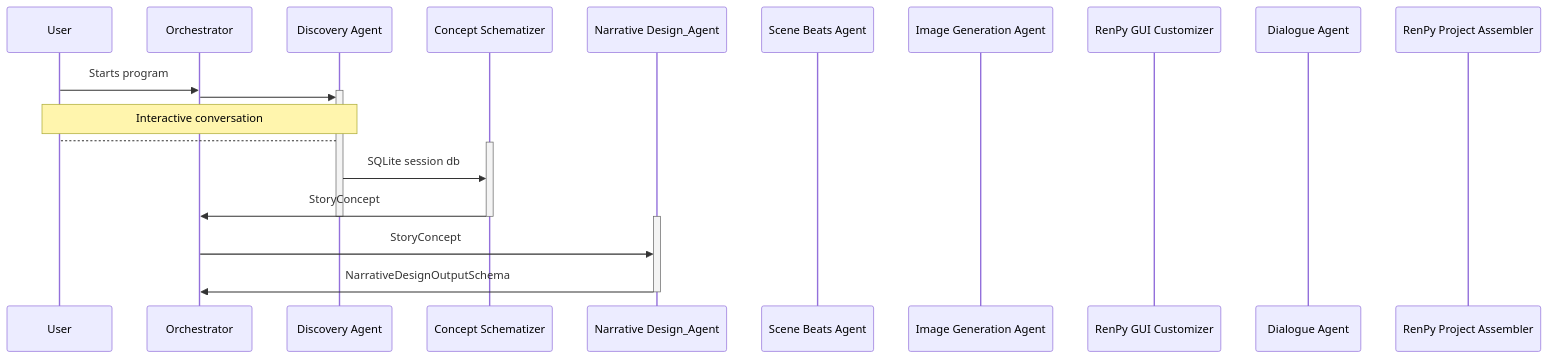
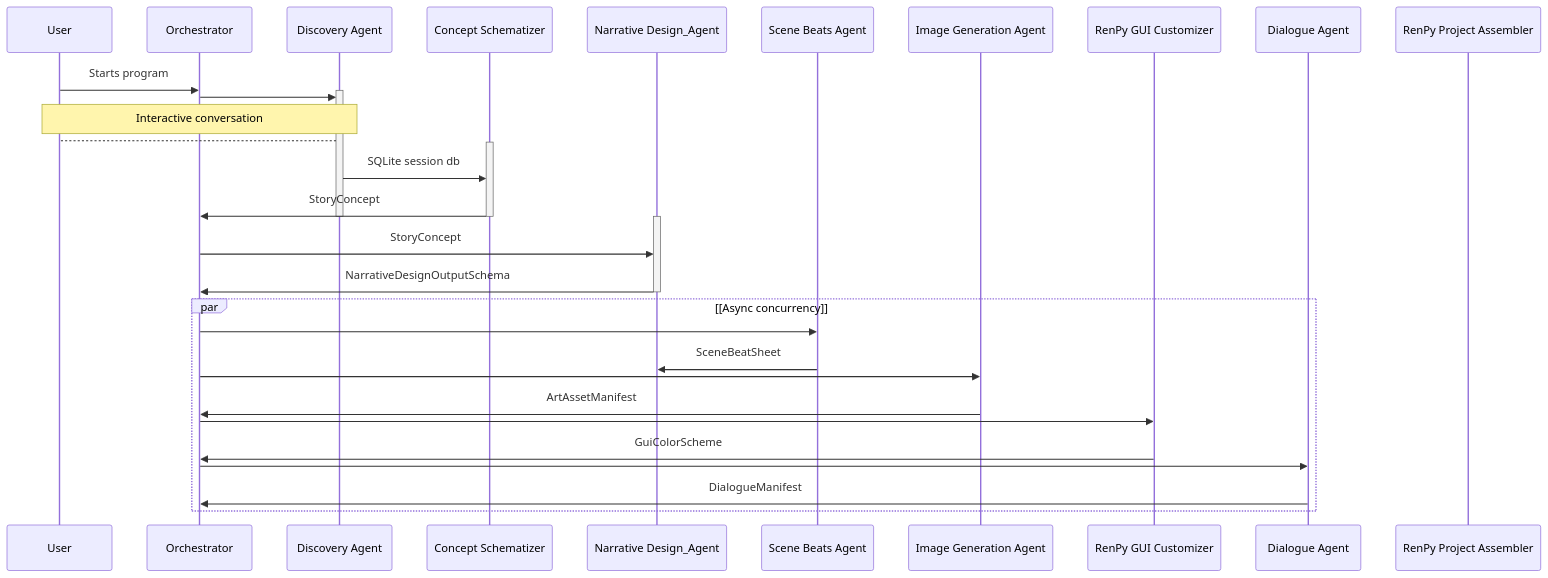
Before and after one commit to danglenzig/KARLA_PROD: the diagram in README.md, drawn with Mermaid.

````diff
--- a/README.md
+++ b/README.md
@@ -108,29 +108,40 @@
 ```mermaid
 sequenceDiagram
     participant USER as User
     participant ORCH as Orchestrator
     participant DISC as Discovery Agent
     participant CONC as Concept Schematizer
     participant NARR as Narrative Design_Agent
     participant BEAT as Scene Beats Agent
     participant ARTS as Image Generation Agent
     participant COLO as RenPy GUI Customizer
     participant DIAL as Dialogue Agent
     participant RNPY as RenPy Project Assembler
 
     USER->>ORCH: Starts program
     activate DISC
     ORCH->>DISC:
     Note over DISC,USER: Interactive conversation
     DISC-->USER:
     activate CONC
     DISC->>CONC: SQLite session db
     CONC->>ORCH: StoryConcept
     deactivate CONC
     deactivate DISC
 
     activate NARR
     ORCH->>NARR: StoryConcept
     NARR->>ORCH: NarrativeDesignOutputSchema
     deactivate NARR
+
+    par [Async concurrency]
+        ORCH->>BEAT:
+        BEAT->>NARR: SceneBeatSheet
+        ORCH->>ARTS:
+        ARTS->>ORCH: ArtAssetManifest
+        ORCH->>COLO:
+        COLO->>ORCH: GuiColorScheme
+        ORCH->>DIAL:
+        DIAL->>ORCH: DialogueManifest
+    end 
 ```
````
